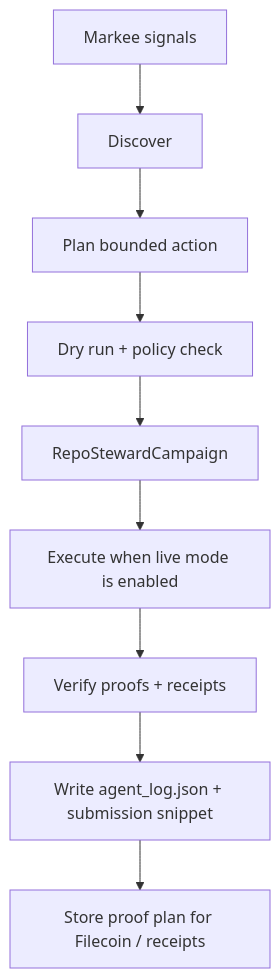
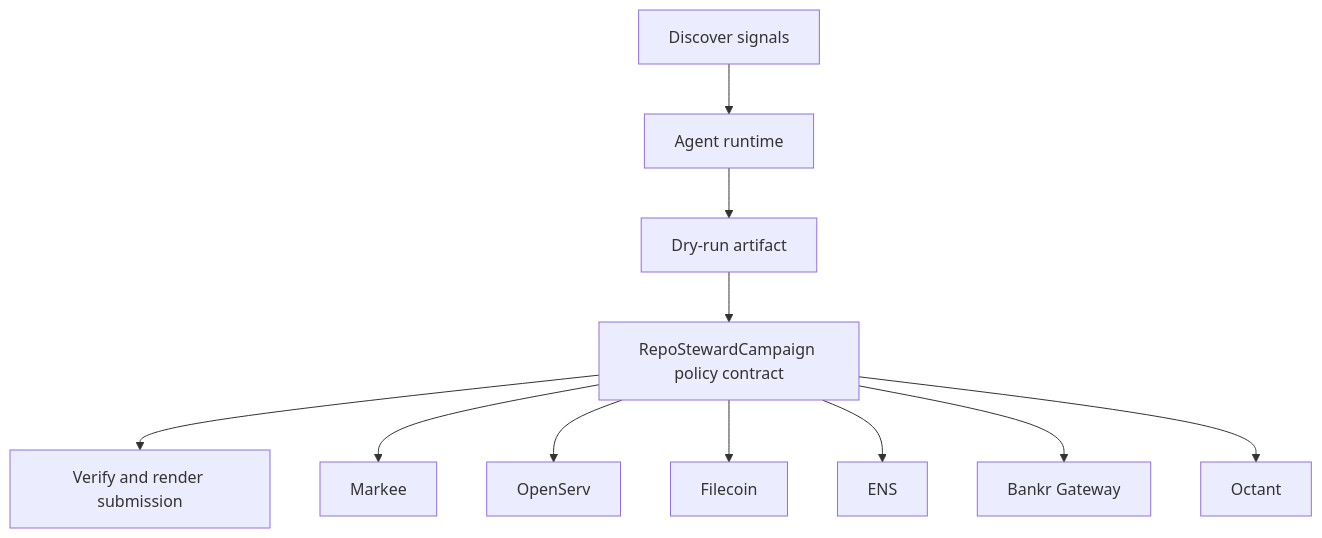
One commit to CrystallineButterfly/Synthesis-Markee changed the diagram in README.md. Above: the diagram before and after it, drawn with Mermaid. The commit also changed other lines of this file and 998 other files, not shown here.

Commit message:
Implement bounded agent runtime

````diff
--- a/README.md
+++ b/README.md
@@ -30,11 +26,15 @@
-        ```mermaid
-        flowchart TD
-    Signals[Markee signals] --> Discover[Discover]
-    Discover --> Plan[Plan bounded action]
-    Plan --> DryRun[Dry run + policy check]
-    DryRun --> Guard[RepoStewardCampaign]
-    Guard --> Execute[Execute when live mode is enabled]
-    Execute --> Verify[Verify proofs + receipts]
-    Verify --> Persist[Write agent_log.json + submission snippet]
-    Persist --> Storage[Store proof plan for Filecoin / receipts]
-        ```
+```mermaid
+flowchart TD
+    Signals[Discover signals]
+    Planner[Agent runtime]
+    DryRun[Dry-run artifact]
+    Contract[RepoStewardCampaign policy contract]
+    Verify[Verify and render submission]
+    Signals --> Planner --> DryRun --> Contract --> Verify
+    Contract --> markee[Markee]
+    Contract --> openserv[OpenServ]
+    Contract --> filecoin[Filecoin]
+    Contract --> ens[ENS]
+    Contract --> bankr_gateway[Bankr Gateway]
+    Contract --> octant[Octant]
+```
````
